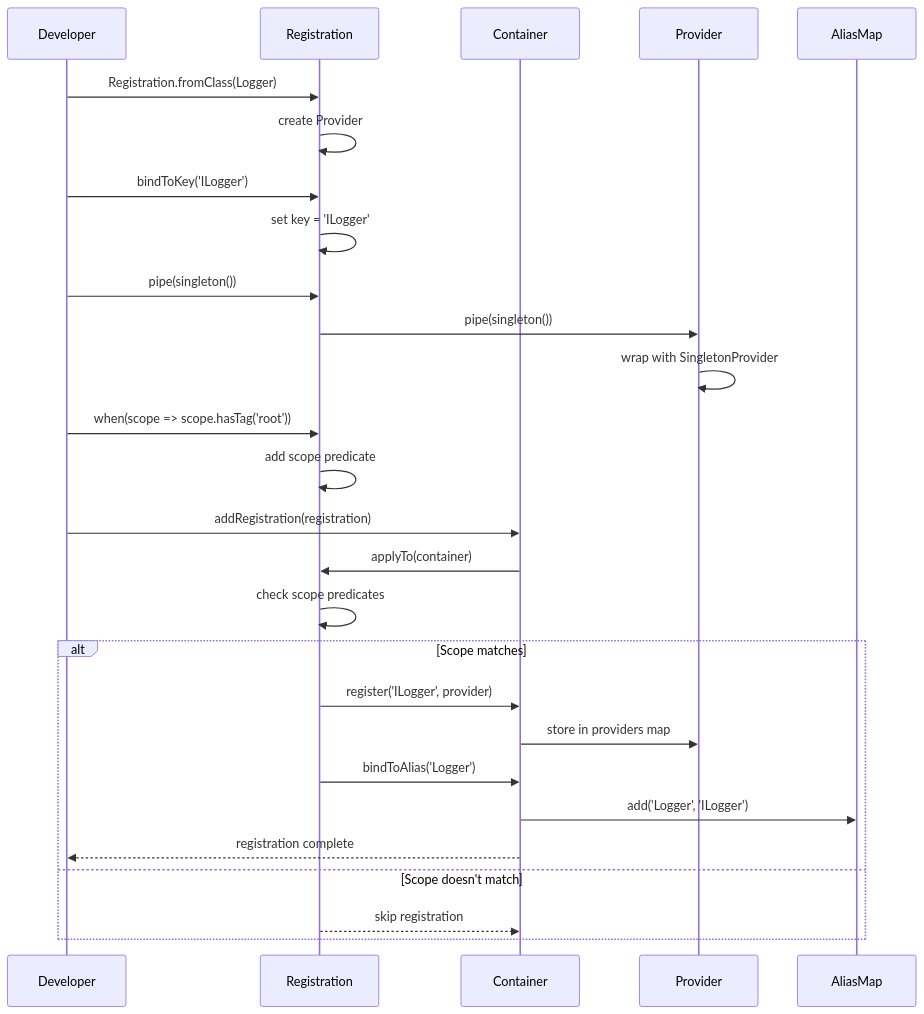
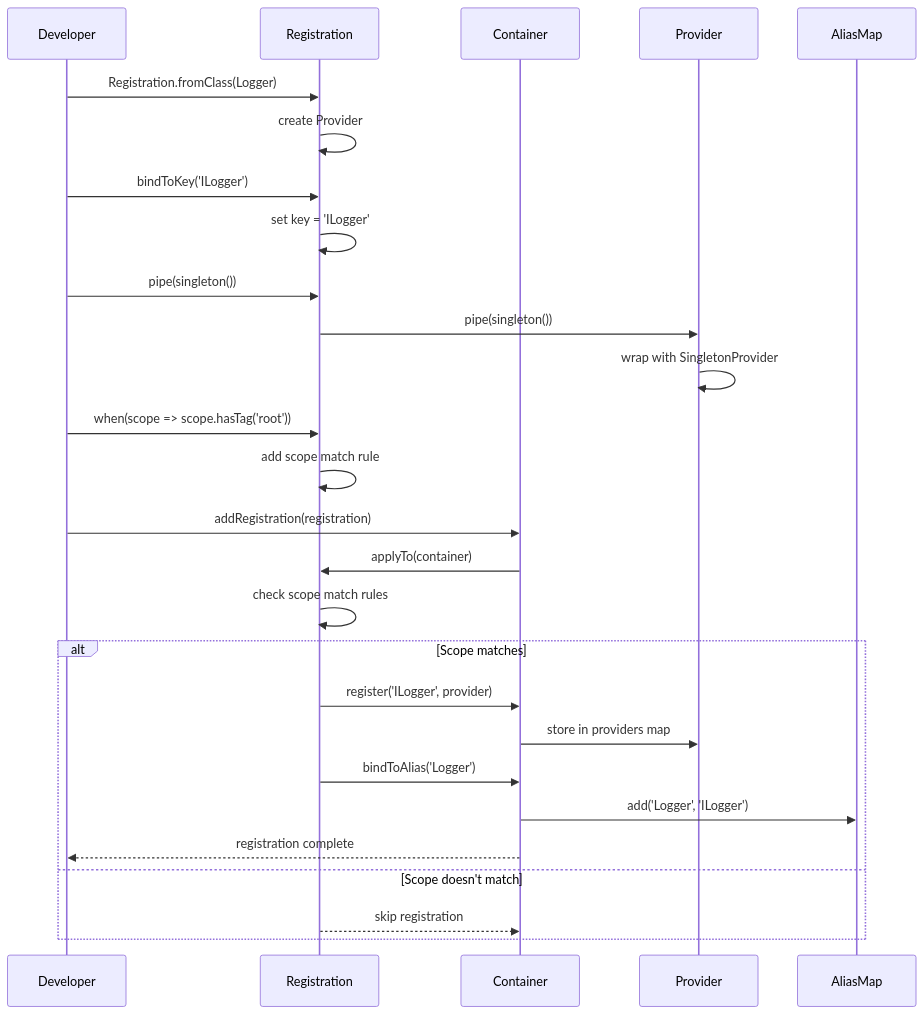
Before and after one commit to IgorBabkin/ts-ioc-container: the diagram in docs/src/diagrams/registration-flow.mermaid, drawn with Mermaid. The commit also changed 17 other files, not shown here.

Commit message:
feat(refactor): update some types - ScopePredicate -> ScopeMatchRule, ScopeAccessFn -> ScopeAccessRule

```diff
--- a/docs/src/diagrams/registration-flow.mermaid
+++ b/docs/src/diagrams/registration-flow.mermaid
@@ -1,28 +1,28 @@
 sequenceDiagram
     participant Dev as Developer
     participant Reg as Registration
     participant Container
     participant Provider
     participant AliasMap
     
     Dev->>Reg: Registration.fromClass(Logger)
     Reg->>Reg: create Provider
     Dev->>Reg: bindToKey('ILogger')
     Reg->>Reg: set key = 'ILogger'
     Dev->>Reg: pipe(singleton())
     Reg->>Provider: pipe(singleton())
     Provider->>Provider: wrap with SingletonProvider
     Dev->>Reg: when(scope => scope.hasTag('root'))
-    Reg->>Reg: add scope predicate
+    Reg->>Reg: add scope match rule
     Dev->>Container: addRegistration(registration)
     Container->>Reg: applyTo(container)
-    Reg->>Reg: check scope predicates
+    Reg->>Reg: check scope match rules
     alt Scope matches
         Reg->>Container: register('ILogger', provider)
         Container->>Provider: store in providers map
         Reg->>Container: bindToAlias('Logger')
         Container->>AliasMap: add('Logger', 'ILogger')
         Container-->>Dev: registration complete
     else Scope doesn't match
         Reg-->>Container: skip registration
     end
```
